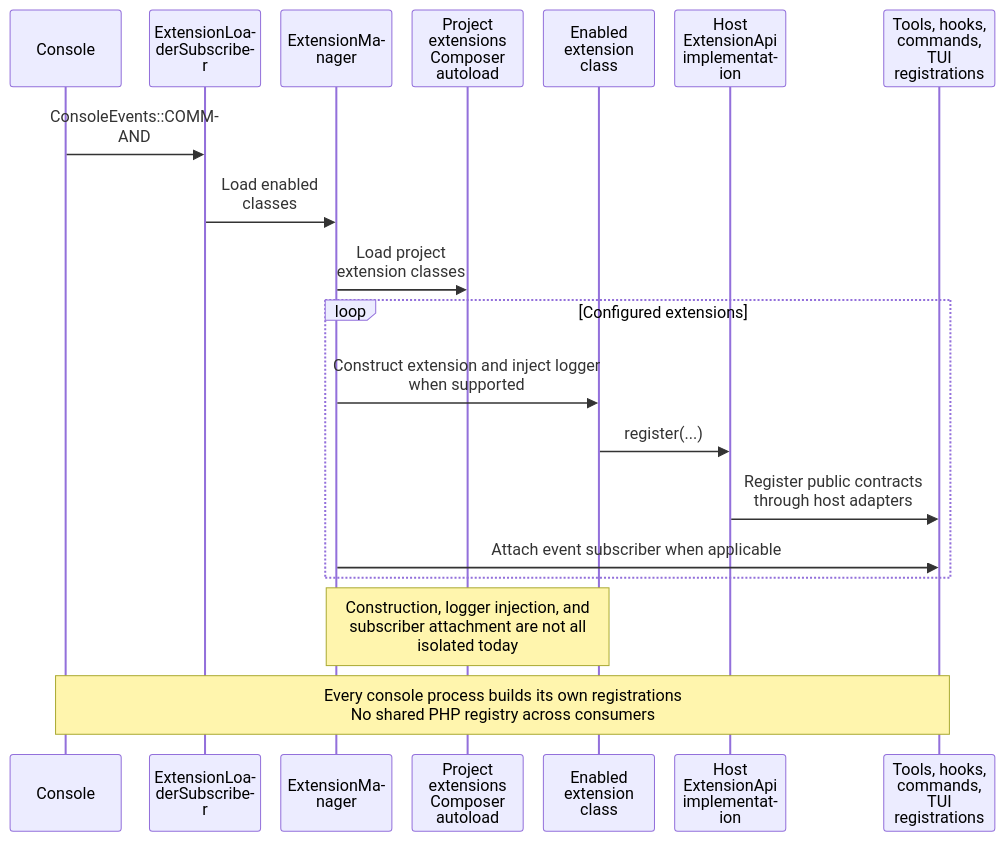
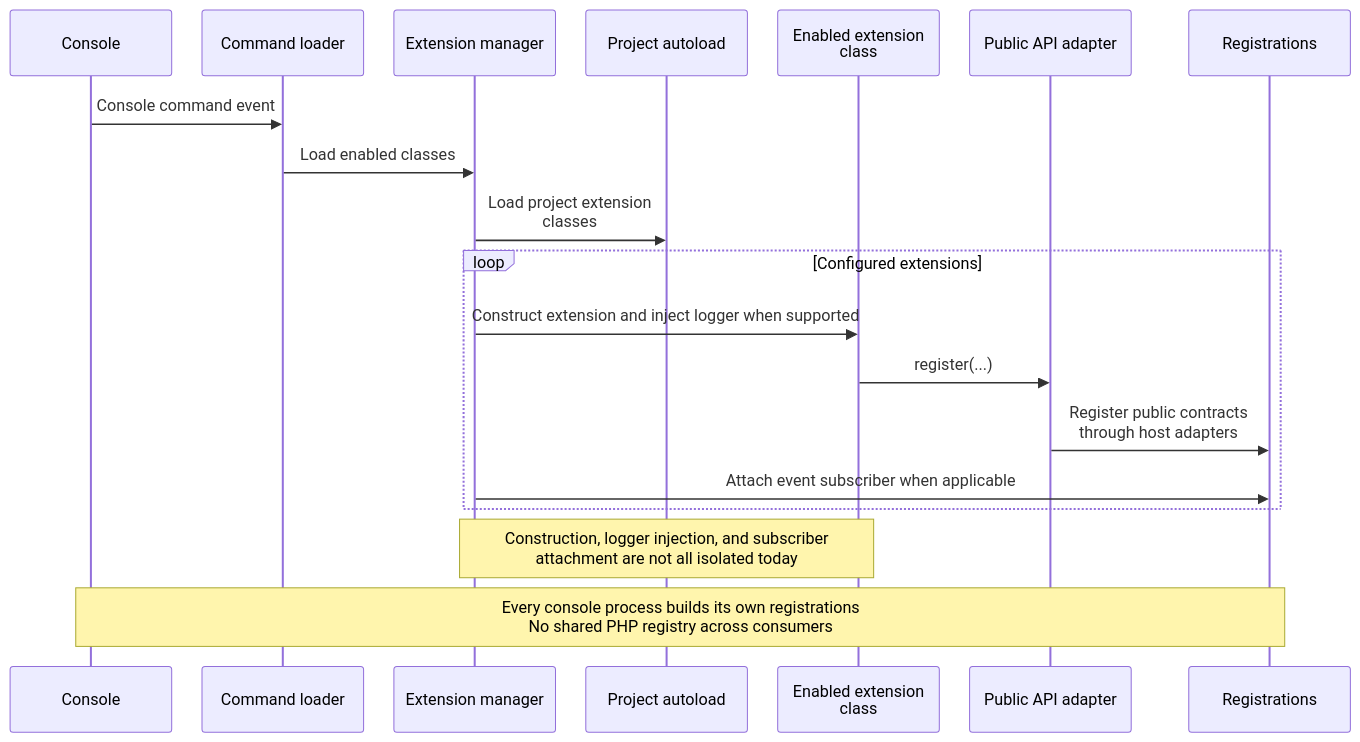
One commit to ineersa/agent-core changed the first of 5 diagrams in architecture/extensions-and-agents.md. Above: the diagram before and after it, drawn with Mermaid. The commit also changed other lines of this file and 43 other files, not shown here.

Commit message:
Refresh operational guides and runtime architecture documentation

````diff
--- a/architecture/extensions-and-agents.md
+++ b/architecture/extensions-and-agents.md
@@ -7,23 +7,23 @@
 ```mermaid
-%%{init: {"sequence": {"wrap": true, "width": 110, "actorMargin": 20, "diagramMarginX": 10, "messageMargin": 30}}}%%
+%%{init: {"sequence": {"wrap": true, "width": 160, "actorMargin": 30, "diagramMarginX": 10, "messageMargin": 30}}}%%
 sequenceDiagram
     participant Console
-    participant Loader as ExtensionLoaderSubscriber
-    participant Manager as ExtensionManager
-    participant Autoload as Project extensions Composer autoload
+    participant Loader as Command loader
+    participant Manager as Extension manager
+    participant Autoload as Project autoload
     participant Extension as Enabled extension class
-    participant API as Host ExtensionApi implementation
-    participant Registry as Tools, hooks, commands, TUI registrations
+    participant API as Public API adapter
+    participant Registry as Registrations
 
-    Console->>Loader: ConsoleEvents::COMMAND
+    Console->>Loader: Console command event
     Loader->>Manager: Load enabled classes
     Manager->>Autoload: Load project extension classes
     loop Configured extensions
         Manager->>Extension: Construct extension and inject logger when supported
         Extension->>API: register(...)
         API->>Registry: Register public contracts through host adapters
         Manager->>Registry: Attach event subscriber when applicable
     end
     Note over Manager,Extension: Construction, logger injection, and subscriber attachment are not all isolated today
     Note over Console,Registry: Every console process builds its own registrations<br/>No shared PHP registry across consumers
 ```
````
